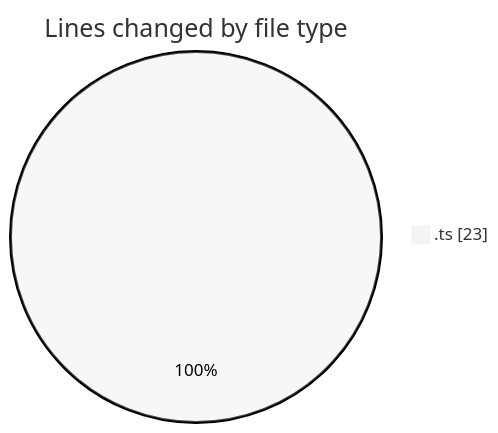
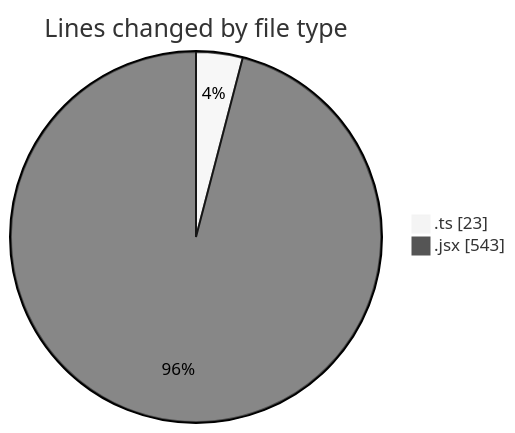
The first of 2 diagrams in 2025-03-07/termonied-web/README.md (robertbonfada/code-tracking), drawn with Mermaid (neutral theme) before and after one commit. The commit also changed other lines of this file and 1 other file, not shown here.

````diff
--- a/2025-03-07/termonied-web/README.md
+++ b/2025-03-07/termonied-web/README.md
@@ -20,5 +21,6 @@
 ```mermaid
 pie showData
 title Lines changed by file type
 ".ts" : 23
+".jsx" : 543
 ```
````
